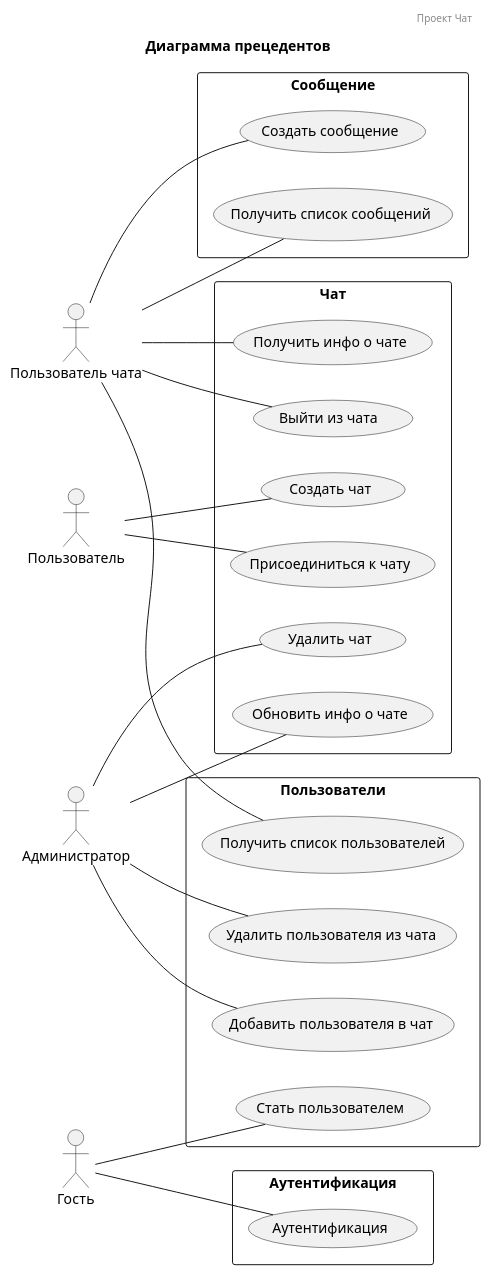
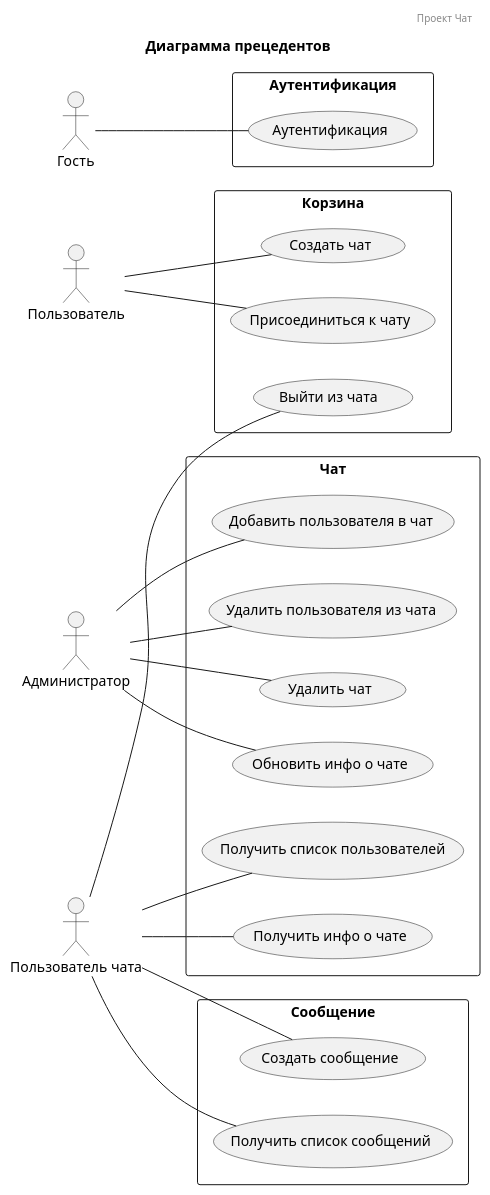
The diagram in ChatProject/components/doc/precedents.puml (IrinaKostroma/ProjectChat), drawn with PlantUML before and after one commit.

Commit message:
Изменена диаграмма прецедентов

```diff
--- a/ChatProject/components/doc/precedents.puml
+++ b/ChatProject/components/doc/precedents.puml
@@ -1,58 +1,58 @@
 @startuml
 
 header Проект Чат
 title Диаграмма прецедентов
 
 left to right direction
 
 rectangle "Аутентификация"{
     usecase "Аутентификация" as auth
 }
 
 rectangle "Чат" {
-  usecase "Создать чат" as create_chat
-  usecase "Присоединиться к чату" as join_to_chat
+  usecase "Удалить чат" as delete_chat
   usecase "Получить инфо о чате" as get_chat_info
   usecase "Обновить инфо о чате" as update_chat_info
-  usecase "Удалить чат" as delete_chat
-  usecase "Выйти из чата " as leave_chat
+  usecase "Получить список пользователей" as get_users_list
+  usecase "Добавить пользователя в чат" as add_user_to_chat
+  usecase "Удалить пользователя из чата" as delete_user_from_chat
+
+
 }
 
 rectangle "Сообщение" {
   usecase "Создать сообщение" as create_message
   usecase "Получить список сообщений" as get_list_messages
 }
 
-rectangle "Пользователи" {
-  usecase "Стать пользователем" as create_user
-  usecase "Добавить пользователя в чат" as add_user_to_chat
-  usecase "Удалить пользователя из чата" as delete_user_from_chat
-  usecase "Получить список пользователей" as get_users_list
-
+rectangle "Корзина" {
+  usecase "Создать чат" as create_chat
+  usecase "Присоединиться к чату" as join_to_chat
+  usecase "Выйти из чата " as leave_chat
 }
 
 actor "Пользователь" as user
 user -- create_chat
 user -- join_to_chat
 
 
 actor "Пользователь чата" as userch
 userch -- get_chat_info
 userch -- leave_chat
 userch -- get_users_list
 userch -- create_message
 userch -- get_list_messages
 
 actor "Администратор" as admin
 admin -- add_user_to_chat
 admin -- delete_user_from_chat
 admin -- update_chat_info
 admin -- delete_chat
 
 
 
 actor "Гость" as guest
 guest -- auth
-guest -- create_user
+
 
 @enduml
```
